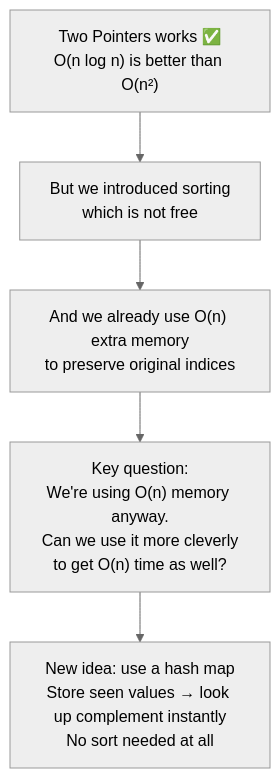
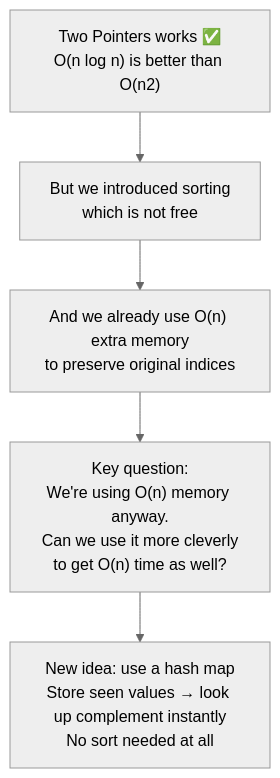
Before and after one commit to M-F-Tushar/LeetCode-Problem-Solving: the ninth of 12 diagrams in 01 - Two Sum/README.md, drawn with Mermaid (neutral theme). The commit also changed other lines of this file and 6 other files, not shown here.

Commit message:
fix diagram rendering

````diff
--- a/01 - Two Sum/README.md
+++ b/01 - Two Sum/README.md
@@ -309,8 +309,8 @@
 ```mermaid
 flowchart TD
-    A["Two Pointers works ✅\nO(n log n) is better than O(n²)"] --> B["But we introduced sorting\nwhich is not free"]
+    A["Two Pointers works ✅\nO(n log n) is better than O(n2)"] --> B["But we introduced sorting\nwhich is not free"]
     B --> C["And we already use O(n) extra memory\nto preserve original indices"]
     C --> D["Key question:\nWe're using O(n) memory anyway.\nCan we use it more cleverly\nto get O(n) time as well?"]
     D --> E["New idea: use a hash map\nStore seen values → look up complement instantly\nNo sort needed at all"]
 
 ```
````
